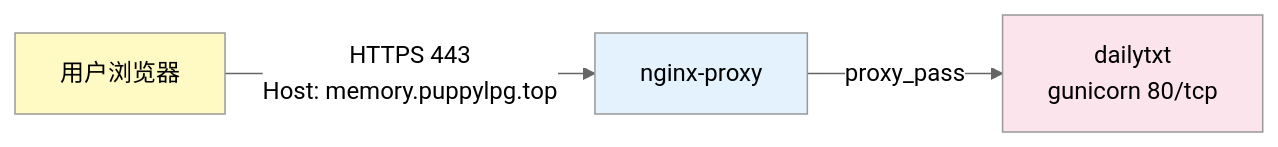
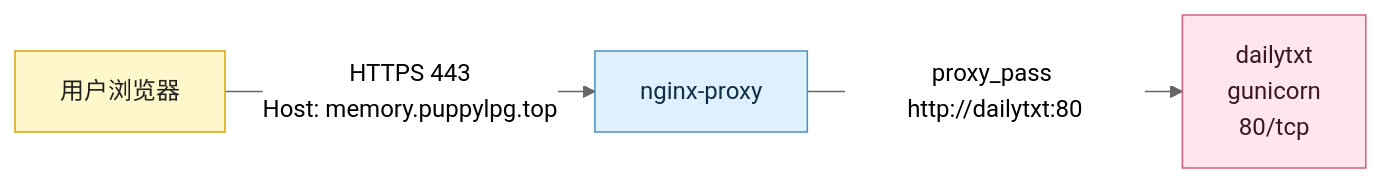
One commit to puppylpg/puppylpg.github.io changed the eighth of 10 diagrams in _ai/2026-06-08-vps-docker-panorama-v2ray-v4-to-v5-upgrade.md. Above: the diagram before and after it, drawn with Mermaid (neutral theme). The commit also changed other lines of this file, not shown here.

Commit message:
docs: optimize Mermaid diagrams for VPS Docker overview

````diff
--- a/_ai/2026-06-08-vps-docker-panorama-v2ray-v4-to-v5-upgrade.md
+++ b/_ai/2026-06-08-vps-docker-panorama-v2ray-v4-to-v5-upgrade.md
@@ -139,9 +251,16 @@
 ```mermaid
 flowchart LR
-    A[用户浏览器] -->|HTTPS 443<br/>Host: memory.puppylpg.top| B[nginx-proxy]
-    B -->|proxy_pass| C[dailytxt<br/>gunicorn 80/tcp]
+    browser[用户浏览器]
+    proxy[nginx-proxy]
+    app[dailytxt<br/>gunicorn<br/>80/tcp]
 
-    style A fill:#fff9c4
-    style B fill:#e3f2fd
-    style C fill:#fce4ec
+    browser -->|HTTPS 443<br/>Host: memory.puppylpg.top| proxy
+    proxy -->|proxy_pass http://dailytxt:80| app
+
+    classDef user fill:#fff7cc,stroke:#d6a500,color:#222;
+    classDef gateway fill:#dff1ff,stroke:#4a90c2,color:#0f2f44;
+    classDef app fill:#ffe5ec,stroke:#d85a7f,color:#3b1723;
+    class browser user;
+    class proxy gateway;
+    class app app;
 ```
````
